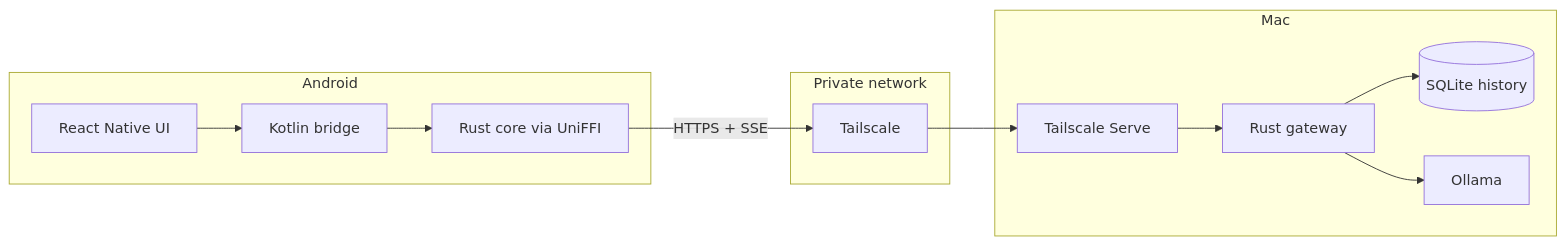
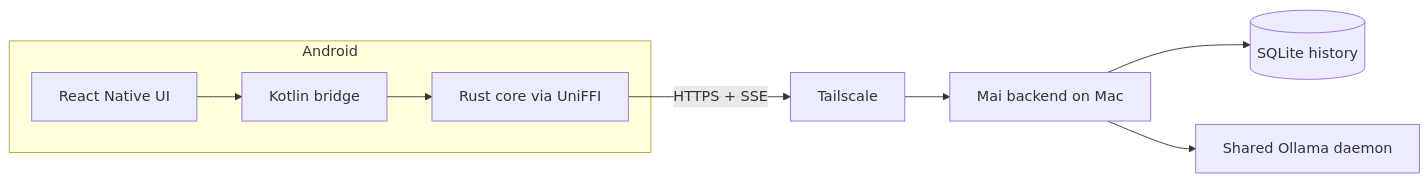
One commit to JosephBARBIERDARNAL/bridge changed the diagram in README.md. Above: the diagram before and after it, drawn with Mermaid. The commit also changed other lines of this file and 26 other files, not shown here.

Commit message:
move Mai backend to its own repo

````diff
--- a/README.md
+++ b/README.md
@@ -12,17 +10,11 @@
 ```mermaid
 flowchart LR
     subgraph Android
         UI[React Native UI] --> Kotlin[Kotlin bridge]
         Kotlin --> Core[Rust core via UniFFI]
     end
-    subgraph Private network
-        Tailnet[Tailscale]
-    end
-    subgraph Mac
-        Serve[Tailscale Serve] --> Gateway[Rust gateway]
-        Gateway --> DB[(SQLite history)]
-        Gateway --> Ollama[Ollama]
-    end
-    Core -->|HTTPS + SSE| Tailnet
-    Tailnet --> Serve
+    Core -->|HTTPS + SSE| Tailnet[Tailscale]
+    Tailnet --> Mai[Mai backend on Mac]
+    Mai --> DB[(SQLite history)]
+    Mai --> Ollama[Shared Ollama daemon]
 ```
````
